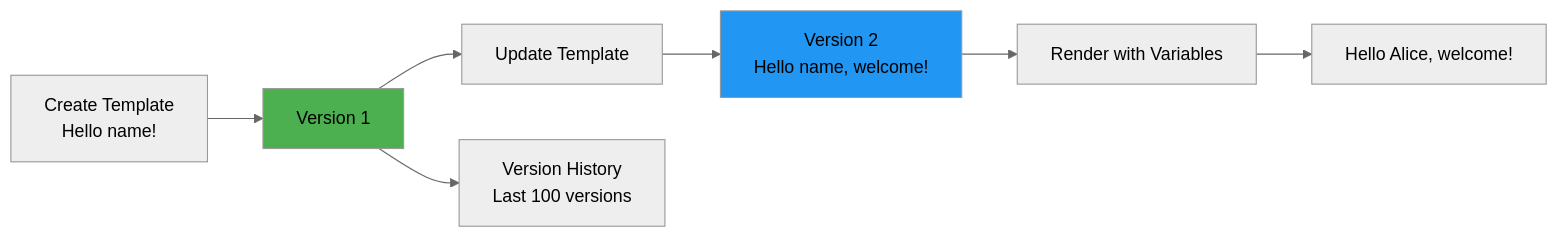
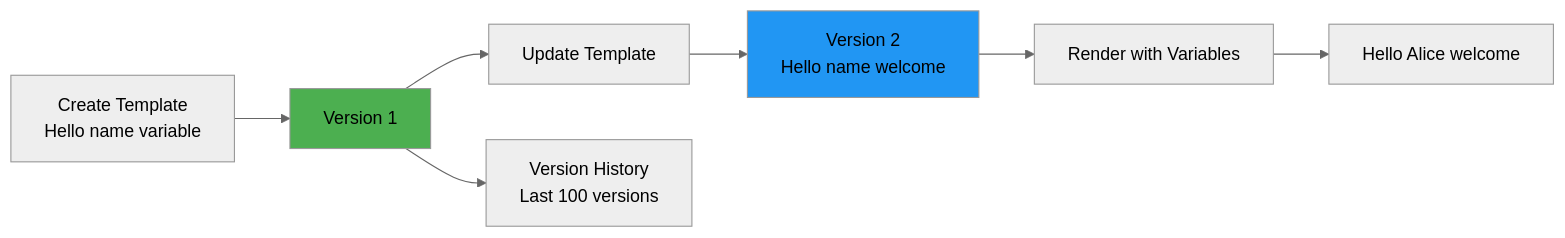
The ninth of 12 diagrams in README.md (gregorizeidler/Sentinella), drawn with Mermaid (neutral theme) before and after one commit.

Commit message:
Fix Mermaid diagram: remove special characters causing parse error

````diff
--- a/README.md
+++ b/README.md
@@ -343,13 +343,13 @@
 ```mermaid
 flowchart LR
-    CREATE["Create Template<br/>Hello name!"] --> VERSION["Version 1"]
+    CREATE["Create Template<br/>Hello name variable"] --> VERSION["Version 1"]
     VERSION --> UPDATE["Update Template"]
-    UPDATE --> VERSION2["Version 2<br/>Hello name, welcome!"]
+    UPDATE --> VERSION2["Version 2<br/>Hello name welcome"]
     VERSION2 --> RENDER["Render with Variables"]
-    RENDER --> RESULT["Hello Alice, welcome!"]
+    RENDER --> RESULT["Hello Alice welcome"]
     
     VERSION --> HISTORY["Version History<br/>Last 100 versions"]
     
     style VERSION fill:#4CAF50
     style VERSION2 fill:#2196F3
 ```
````
